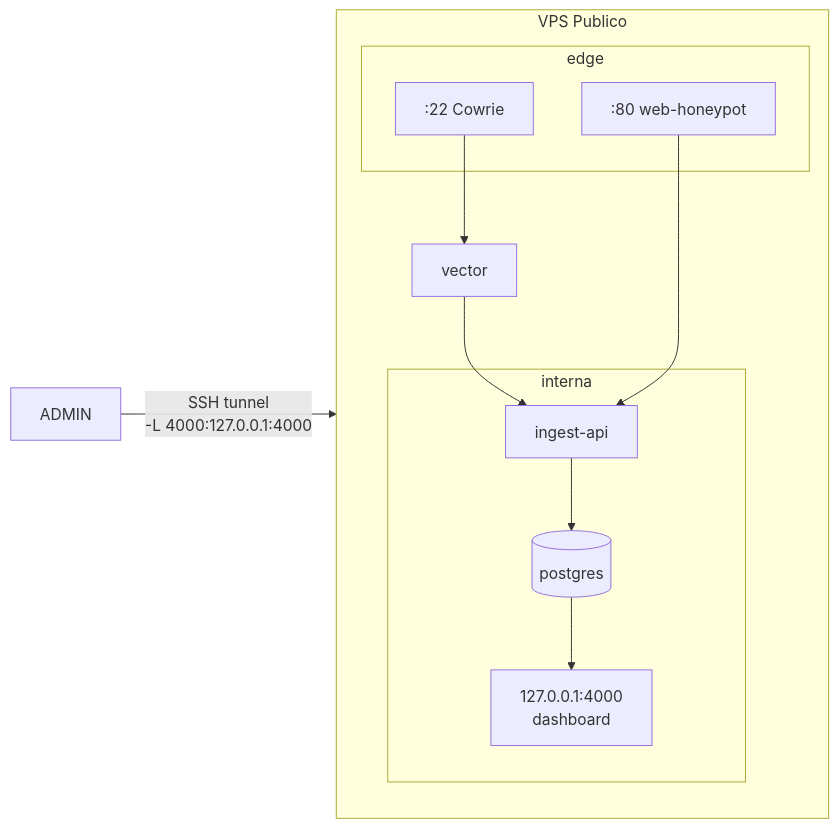
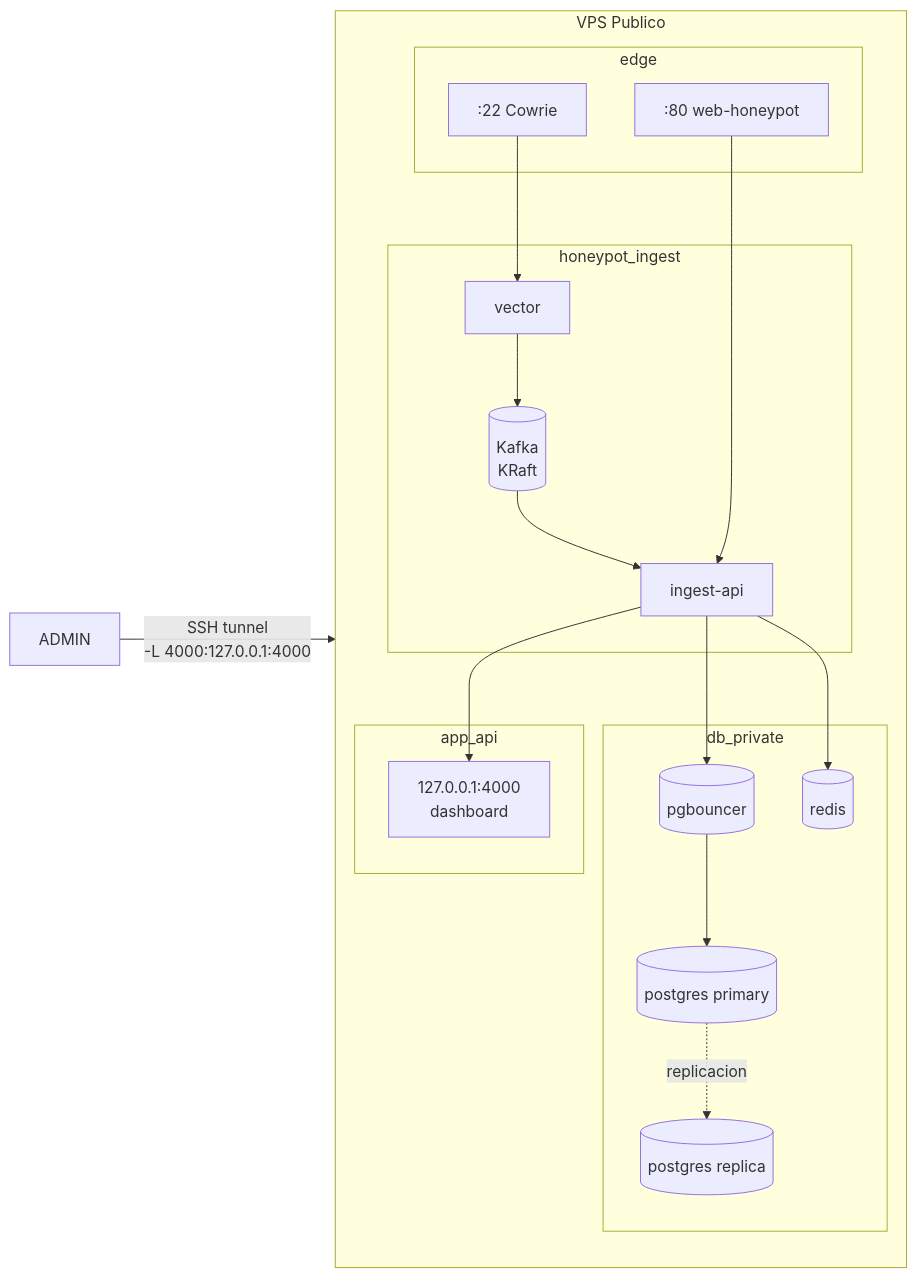
Before and after one commit to elrichi31/honeypot-ai: the fourth of 15 diagrams in apps/docs/src/content/docs/architecture.md, drawn with Mermaid. The commit also changed other lines of this file and 22 other files, not shown here.

````diff
--- a/apps/docs/src/content/docs/architecture.md
+++ b/apps/docs/src/content/docs/architecture.md
@@ -127,21 +179,26 @@
 ```mermaid
 graph LR
     subgraph "VPS Publico"
         direction TB
         subgraph edge
             COW[:22 Cowrie]
             WEB[:80 web-honeypot]
         end
-        subgraph interna
-            API[ingest-api]
-            DB[(postgres)]
-            DASH[127.0.0.1:4000\ndashboard]
+        subgraph honeypot_ingest
+            VEC[vector] --> KAFKA[(Kafka\nKRaft)]
+            KAFKA --> API
         end
-        VEC[vector] --> API
+        subgraph db_private
+            API[ingest-api] --> PB[(pgbouncer)] --> DB[(postgres primary)]
+            DB -.replicacion.-> DBR[(postgres replica)]
+            API --> RD[(redis)]
+        end
+        subgraph app_api
+            API --> DASH[127.0.0.1:4000\ndashboard]
+        end
         COW --> VEC
         WEB --> API
-        API --> DB --> DASH
     end
 
     ADMIN -->|SSH tunnel\n-L 4000:127.0.0.1:4000| DASH
 ```
````
